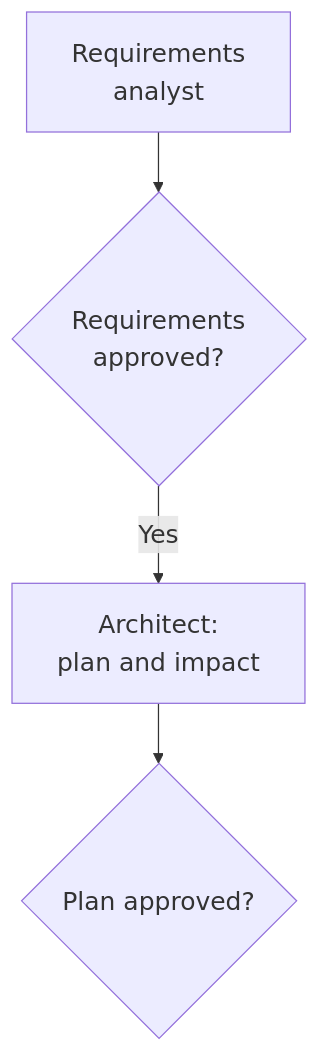
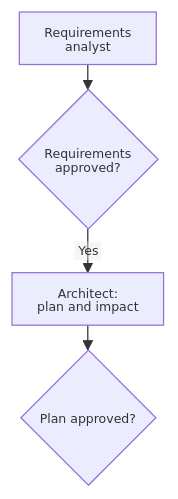
The first of 4 diagrams in README.md (kcskribbl/canopy-agentic-sdlc), drawn with Mermaid before and after one commit. The commit also changed other lines of this file, not shown here.

First line of the commit message:
Use compact SVG labels in README diagrams

````diff
--- a/README.md
+++ b/README.md
@@ -120,15 +120,15 @@
 ```mermaid
-%%{init: {"themeVariables":{"fontSize":"20px"},"flowchart":{"nodeSpacing":55,"rankSpacing":48,"padding":18}}}%%
+%%{init: {"themeVariables":{"fontSize":"10px"},"htmlLabels":false,"flowchart":{"nodeSpacing":16,"rankSpacing":20,"padding":10}}}%%
 flowchart TD
     A["Requirements<br/>analyst"]
 
     B{"Requirements<br/>approved?"}
 
     C["Architect:<br/>plan and impact"]
 
     D{"Plan approved?"}
 
     A --> B
     B -->|Yes| C
     C --> D
 ```
````
